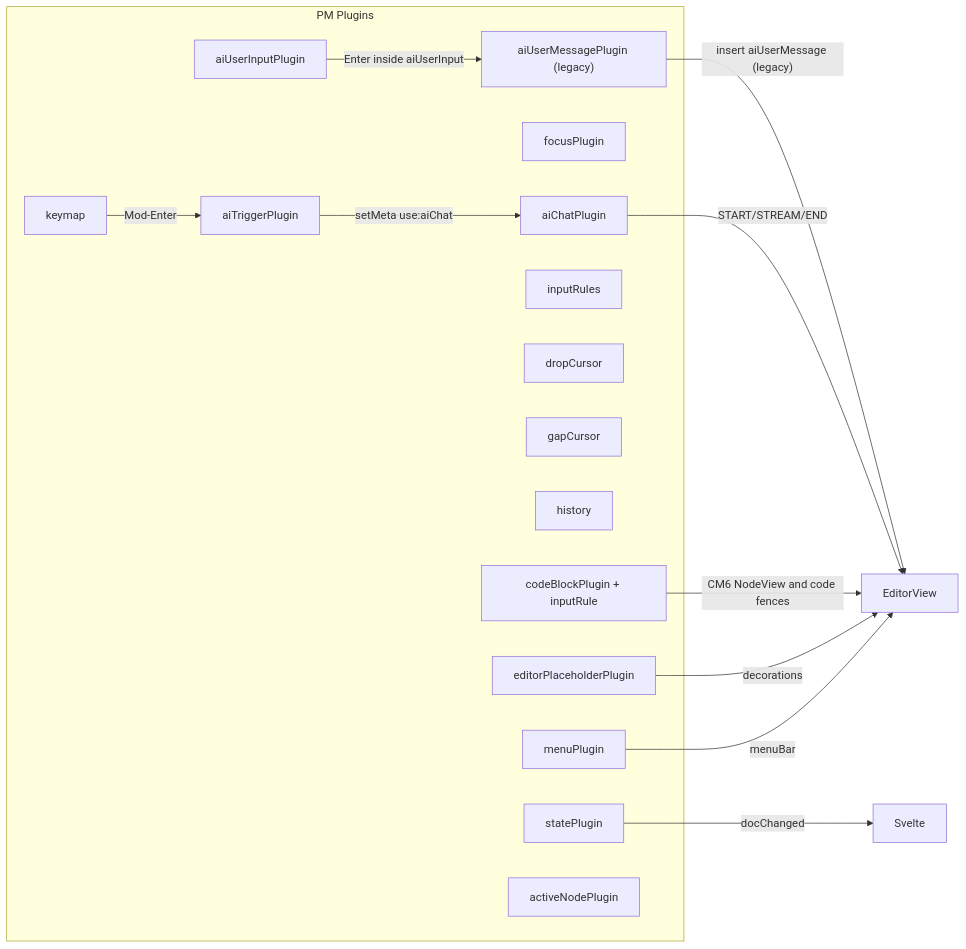
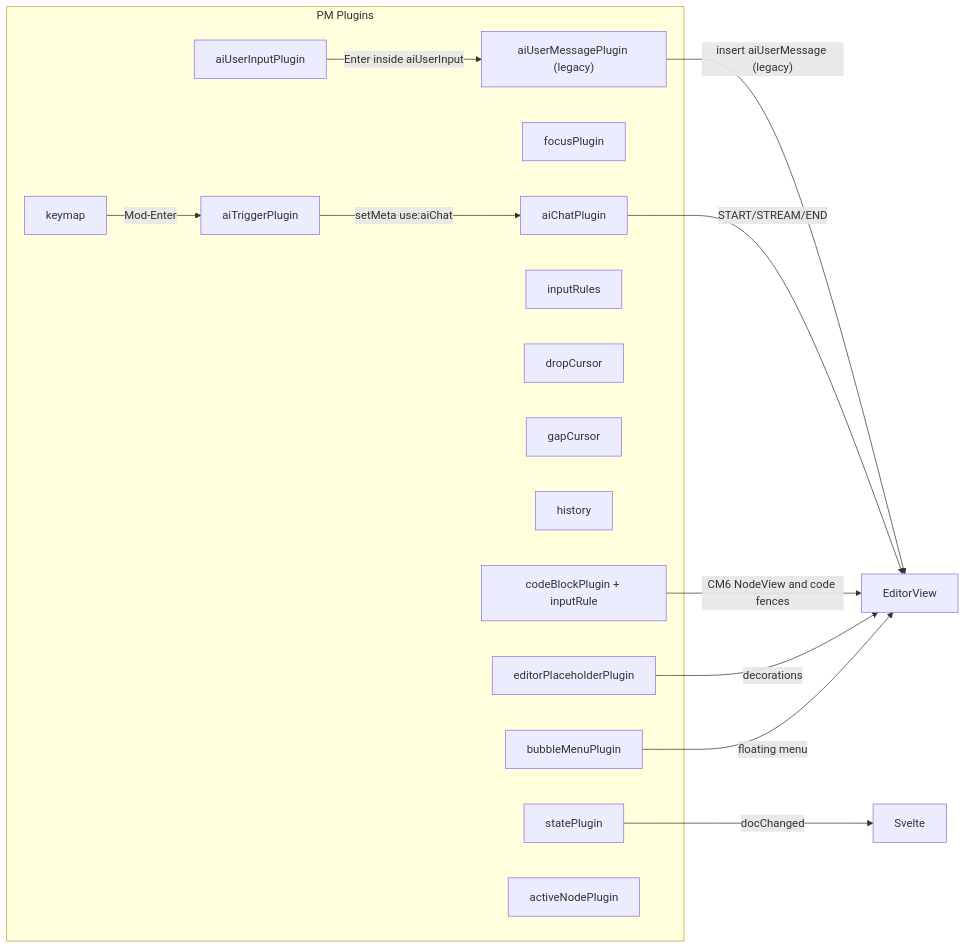
Before and after one commit to Lixpi/lixpi: the fifth of 9 diagrams in services/web-ui/src/components/proseMirror/README.md, drawn with Mermaid. The commit also changed other lines of this file and 28 other files, not shown here.

````diff
--- a/services/web-ui/src/components/proseMirror/README.md
+++ b/services/web-ui/src/components/proseMirror/README.md
@@ -126,30 +126,30 @@
 ```mermaid
 graph LR
   subgraph PM Plugins
     SP[statePlugin]
     FP[focusPlugin]
-    MB[menuPlugin]
+    BM[bubbleMenuPlugin]
     IR[inputRules]
     KM[keymap]
     DC[dropCursor]
     GC[gapCursor]
     HS[history]
     AT[aiTriggerPlugin]
     AU[aiUserInputPlugin]
   AM["aiUserMessagePlugin (legacy)"]
     AC[aiChatPlugin]
     EP[editorPlaceholderPlugin]
   CBP["codeBlockPlugin + inputRule"]
     AN[activeNodePlugin]
   end
 
   KM-- Mod-Enter -->AT
   AT-- setMeta use:aiChat -->AC
   AU-- Enter inside aiUserInput -->AM
   AM-- insert aiUserMessage (legacy) -->EditorView
   AC-- START/STREAM/END -->EditorView
   CBP-- CM6 NodeView and code fences -->EditorView
   SP-- docChanged --> Svelte
   EP-- decorations --> EditorView
-  MB-- menuBar --> EditorView
+  BM-- floating menu --> EditorView
 ```
````
